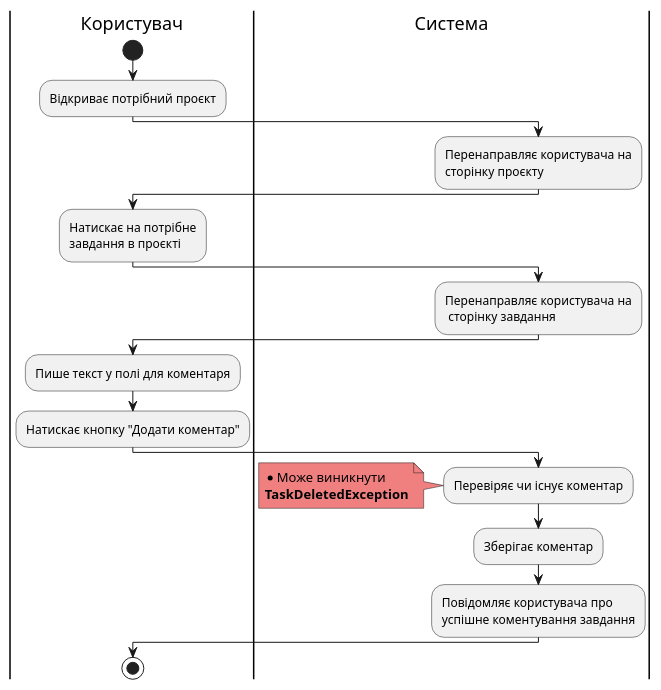
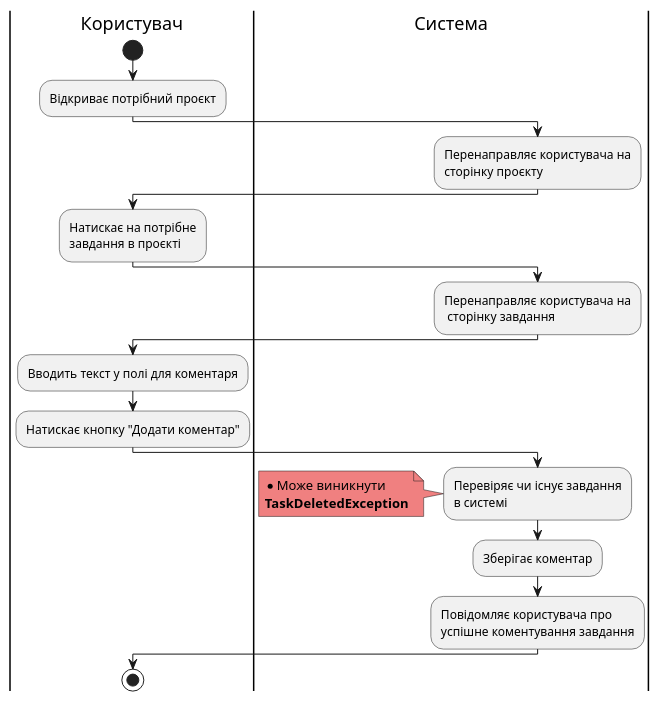
One commit to samoilenkomariia/db-coursework changed diagram 17 of 23 in docs/use cases/README.md. Above: the diagram before and after it, drawn with PlantUML. The commit also changed other lines of this file, not shown here.

```diff
--- a/docs/use cases/README.md
+++ b/docs/use cases/README.md
@@ -765,31 +758,31 @@
 @startuml
     
     |Користувач|
     start;
     :Відкриває потрібний проєкт;
     
     |Система|
     :Перенаправляє користувача на\nсторінку проєкту;
     
     |Користувач|
     :Натискає на потрібне\nзавдання в проєкті;
 
     |Система|
     :Перенаправляє користувача на\n сторінку завдання;
     
     |Користувач|
-    :Пише текст у полі для коментаря;
+    :Вводить текст у полі для коментаря;
     :Натискає кнопку "Додати коментар";
 
     |Система|
-    :Перевіряє чи існує коментар;
+    :Перевіряє чи існує завдання\nв системі;
      note left #lightcoral
         * Може виникнути
         <b>TaskDeletedException</b>
     end note
     :Зберігає коментар;
     :Повідомляє користувача про\nуспішне коментування завдання;
 
     |Користувач|
         stop;
 @enduml
```
